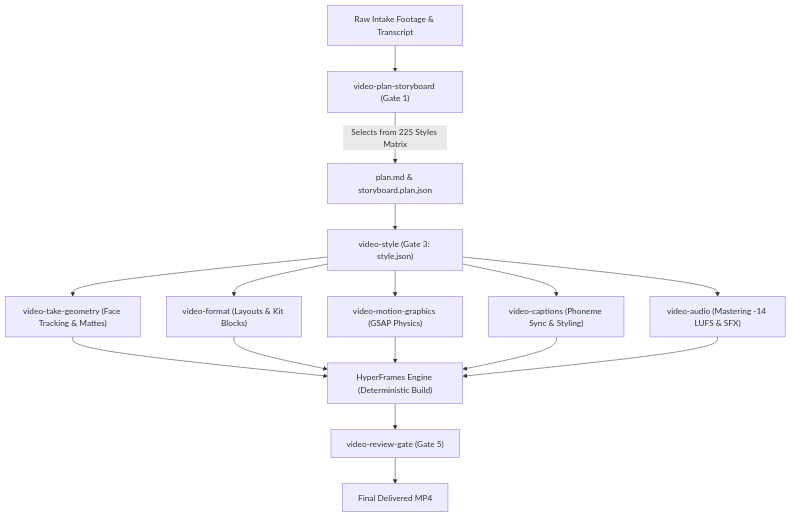
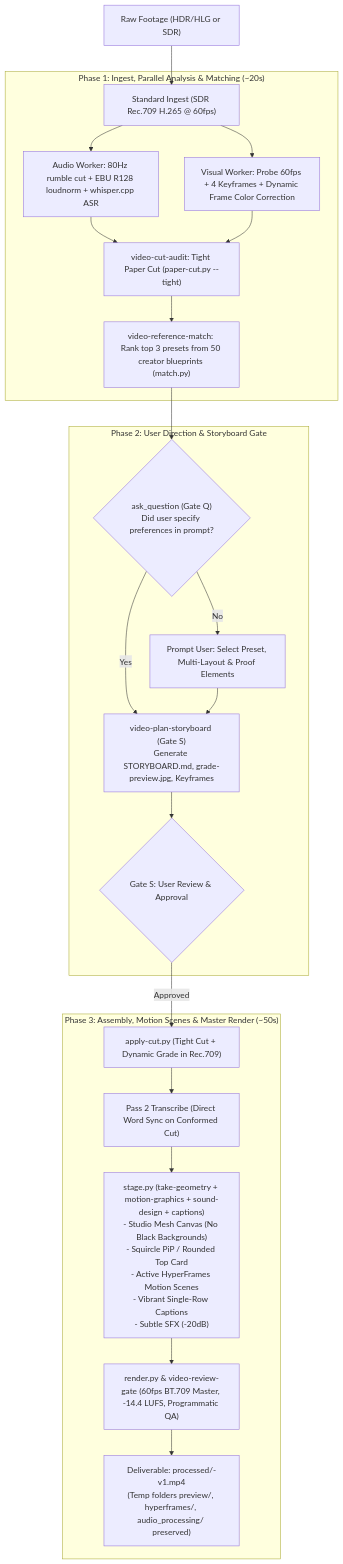
The diagram in skills/video-pipeline/references/pipeline-architecture.md (mg-studio-india/video-editing-skill), drawn with Mermaid before and after one commit. The commit also changed other lines of this file and 141 other files, not shown here.

Commit message:
feat: v1.1.0 features (reference precedence, bottom split-screen layout, studio gradient, docstring minification)

````diff
--- a/skills/video-pipeline/references/pipeline-architecture.md
+++ b/skills/video-pipeline/references/pipeline-architecture.md
@@ -9,14 +9,27 @@
 ```mermaid
 flowchart TD
-    A["Raw Intake Footage & Transcript"] --> B["video-plan-storyboard (Gate 1)"]
-    B -->|"Selects from 225 Styles Matrix"| C["plan.md & storyboard.plan.json"]
-    C --> D["video-style (Gate 3: style.json)"]
-    D --> E["video-take-geometry (Face Tracking & Mattes)"]
-    D --> F["video-format (Layouts & Kit Blocks)"]
-    D --> G["video-motion-graphics (GSAP Physics)"]
-    D --> H["video-captions (Phoneme Sync & Styling)"]
-    D --> I["video-audio (Mastering -14 LUFS & SFX)"]
-    E & F & G & H & I --> J["HyperFrames Engine (Deterministic Build)"]
-    J --> K["video-review-gate (Gate 5)"]
-    K --> L["Final Delivered MP4"]
+    RAW["Raw Footage (HDR/HLG or SDR)"] --> STD["Standard Ingest (SDR Rec.709 H.265 @ 60fps)"]
+    
+    subgraph P1 ["Phase 1: Ingest, Parallel Analysis & Matching (~20s)"]
+        STD --> WA["Audio Worker: 80Hz rumble cut + EBU R128 loudnorm + whisper.cpp ASR"]
+        STD --> WV["Visual Worker: Probe 60fps + 4 Keyframes + Dynamic Frame Color Correction"]
+        WA & WV --> VCA["video-cut-audit: Tight Paper Cut (paper-cut.py --tight)"]
+        VCA --> VRM["video-reference-match: Rank top 3 presets from 50 creator blueprints (match.py)"]
+    end
+    
+    subgraph P2 ["Phase 2: User Direction & Storyboard Gate"]
+        VRM --> ASK{"ask_question (Gate Q)<br>Did user specify preferences in prompt?"}
+        ASK -->|No| PROMPT["Prompt User: Select Preset, Multi-Layout & Proof Elements"]
+        ASK -->|Yes| VPS
+        PROMPT --> VPS["video-plan-storyboard (Gate S)<br>Generate STORYBOARD.md, grade-preview.jpg, Keyframes"]
+        VPS --> GATE_S{"Gate S: User Review & Approval"}
+    end
+    
+    subgraph P3 ["Phase 3: Assembly, Motion Scenes & Master Render (~50s)"]
+        GATE_S -->|Approved| AC["apply-cut.py (Tight Cut + Dynamic Grade in Rec.709)"]
+        AC --> P2T["Pass 2 Transcribe (Direct Word Sync on Conformed Cut)"]
+        P2T --> STG["stage.py (take-geometry + motion-graphics + sound-design + captions)<br>- Studio Mesh Canvas (No Black Backgrounds)<br>- Squircle PiP / Rounded Top Card<br>- Active HyperFrames Motion Scenes<br>- Vibrant Single-Row Captions<br>- Subtle SFX (-20dB)"]
+        STG --> RND["render.py & video-review-gate (60fps BT.709 Master, -14.4 LUFS, Programmatic QA)"]
+        RND --> DELIV["Deliverable: processed/<project>-v1.mp4<br>(Temp folders preview/, hyperframes/, audio_processing/ preserved)"]
+    end
 ```
````
